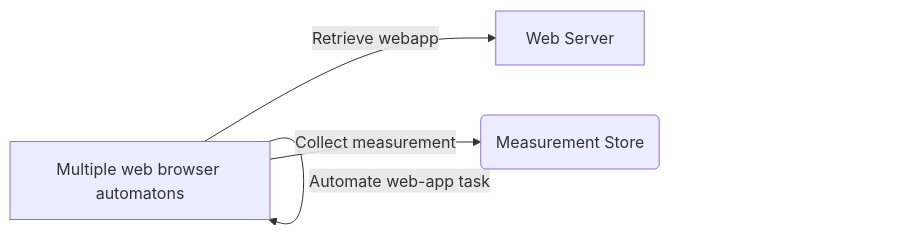
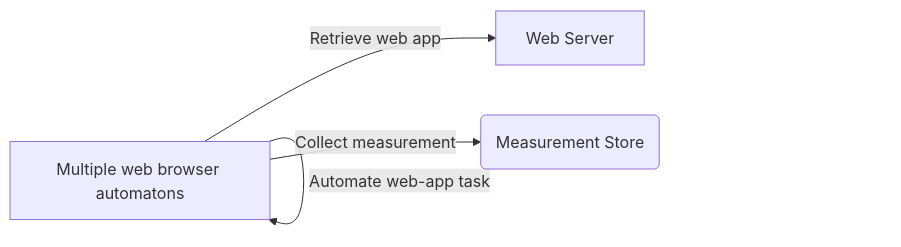
The fourth of 6 diagrams in public/perf_eng.md (joshuanario/pepepages), drawn with Mermaid before and after one commit. The commit also changed other lines of this file, not shown here.

````diff
--- a/public/perf_eng.md
+++ b/public/perf_eng.md
@@ -136,6 +136,6 @@
 ```mermaid
 graph LR
-    A[Multiple web browser automatons] -- Retrieve webapp --> B[Web Server]
+    A[Multiple web browser automatons] -- Retrieve web app --> B[Web Server]
     A -- Automate web-app task --> A
     A -- Collect measurement --> C(Measurement Store)
 ```
````
